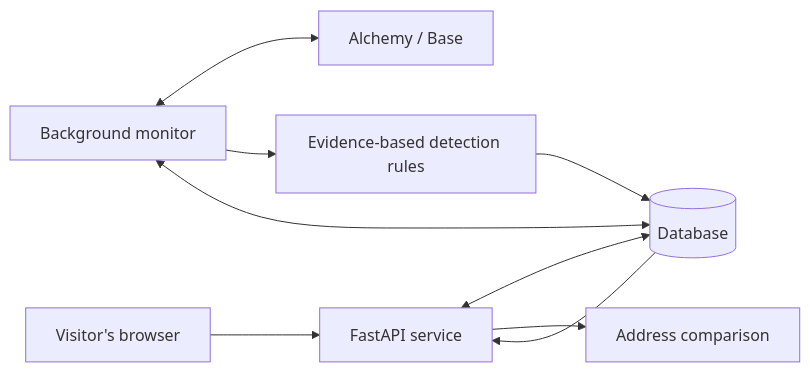
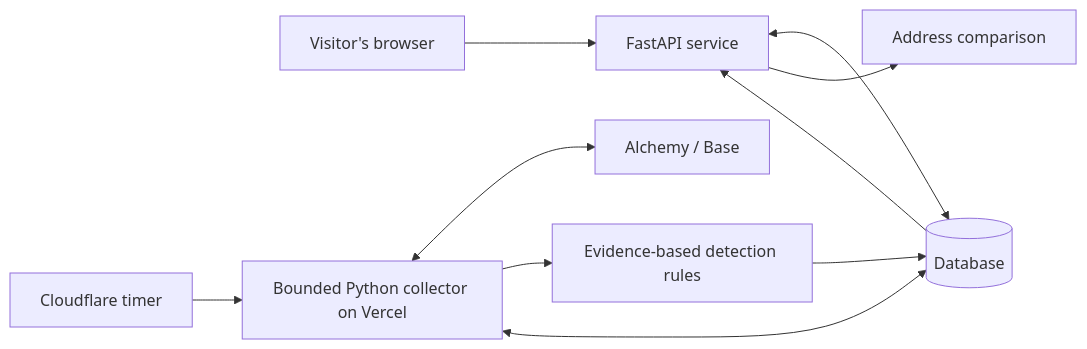
Before and after one commit to jasonmunguia/semblance: the diagram in docs/ARCHITECTURE.md, drawn with Mermaid. The commit also changed other lines of this file and 37 other files, not shown here.

````diff
--- a/docs/ARCHITECTURE.md
+++ b/docs/ARCHITECTURE.md
@@ -17,11 +17,12 @@
 ```mermaid
 flowchart LR
     User[Visitor's browser] --> API[FastAPI service]
     API <--> DB[(Database)]
     API --> Rules[Address comparison]
-    Worker[Background monitor] <--> Provider[Alchemy / Base]
+    Timer[Cloudflare timer] --> Worker[Bounded Python collector on Vercel]
+    Worker <--> Provider[Alchemy / Base]
     Worker --> Rules2[Evidence-based detection rules]
     Rules2 --> DB
     Worker <--> DB
     DB --> API
 ```
````
